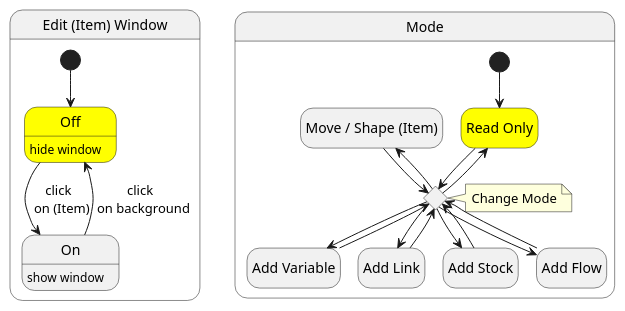
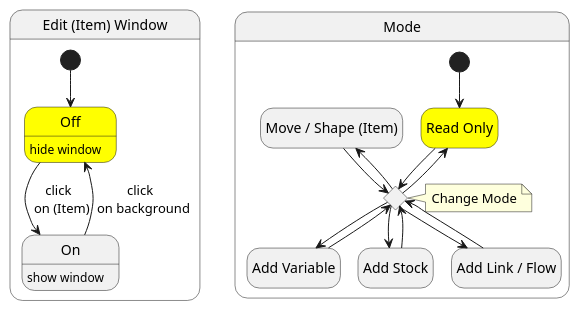
The first of 6 diagrams in docusaurus/docs/interaction.md (cidhuang/system-dynamics-tool), drawn with PlantUML before and after one commit. The commit also changed other lines of this file, not shown here.

Commit message:
docs: interation page combine Mode Add Link and Add Flow

````diff
--- a/docusaurus/docs/interaction.md
+++ b/docusaurus/docs/interaction.md
@@ -57,43 +56,40 @@
 ```plantuml
-@startuml SystemMap
+@startuml Mode
 hide empty description
 
 state "Edit (Item) Window" as editWindow {
   state "Off" as editOff #yellow : hide window
   state "On" as editOn : show window
   [*] --> editOff
   editOff --> editOn : click \n on (Item)
   editOn -up-> editOff : click \n on background
 }
 
 state "Mode" as editMode {
   state "Read Only" as modeReadOnly #yellow
   state "Move / Shape (Item)" as modeMoveItem
   state "Add Variable" as modeAddVariable
-  state "Add Link" as modeAddLink
   state "Add Stock" as modeAddStock
-  state "Add Flow" as modeAddFlow
+  state "Add Link / Flow" as modeAddFlow
   state modeChoice <<choice>>
 
   [*] --> modeReadOnly
   modeReadOnly -> modeChoice
   modeChoice -up-> modeReadOnly
   modeMoveItem --> modeChoice
   modeChoice -up-> modeMoveItem
 
   modeChoice --> modeAddVariable
   modeAddVariable -up-> modeChoice
-  modeChoice --> modeAddLink
-  modeAddLink -up-> modeChoice
   modeChoice --> modeAddStock
   modeAddStock -up-> modeChoice
   modeChoice --> modeAddFlow
   modeAddFlow -up-> modeChoice
 
   note right of modeChoice
     Change Mode
   end note
 }
 
 @enduml
 ```
````
